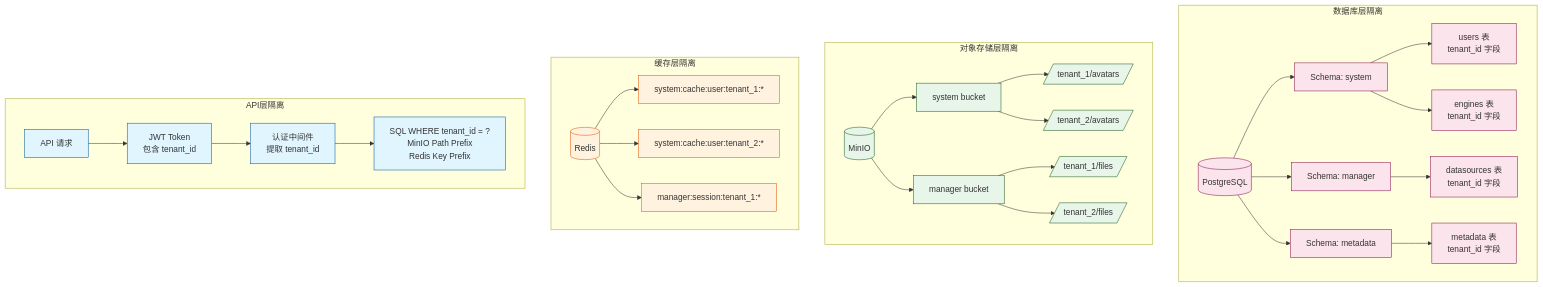
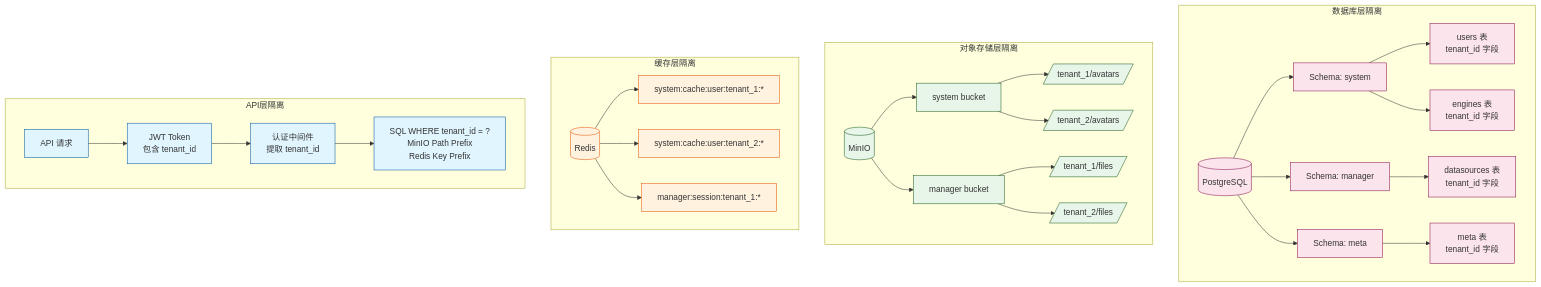
One commit to pampa0629/addp changed the second of 3 diagrams in docs/concepts/addp账号与权限体系图.md. Above: the diagram before and after it, drawn with Mermaid. The commit also changed 300 other files, not shown here.

````diff
--- a/docs/concepts/addp账号与权限体系图.md
+++ b/docs/concepts/addp账号与权限体系图.md
@@ -85,56 +85,56 @@
 ```mermaid
 graph TB
     subgraph "数据库层隔离"
         DB[(PostgreSQL)]
 
         DB --> Schema1[Schema: system]
         DB --> Schema2[Schema: manager]
-        DB --> Schema3[Schema: metadata]
+        DB --> Schema3[Schema: meta]
 
         Schema1 --> Users[users 表<br/>tenant_id 字段]
         Schema1 --> Engines[engines 表<br/>tenant_id 字段]
 
         Schema2 --> Datasources[datasources 表<br/>tenant_id 字段]
 
-        Schema3 --> Metadata[metadata 表<br/>tenant_id 字段]
+        Schema3 --> Metadata[meta 表<br/>tenant_id 字段]
     end
 
     subgraph "对象存储层隔离"
         MinIO[(MinIO)]
 
         MinIO --> Bucket1[system bucket]
         MinIO --> Bucket2[manager bucket]
 
         Bucket1 --> Path1[/tenant_1/avatars/]
         Bucket1 --> Path2[/tenant_2/avatars/]
 
         Bucket2 --> Path3[/tenant_1/files/]
         Bucket2 --> Path4[/tenant_2/files/]
     end
 
     subgraph "缓存层隔离"
         Redis[(Redis)]
 
         Redis --> Key1[system:cache:user:tenant_1:*]
         Redis --> Key2[system:cache:user:tenant_2:*]
         Redis --> Key3[manager:session:tenant_1:*]
     end
 
     subgraph "API层隔离"
         API[API 请求]
 
         API --> JWT[JWT Token<br/>包含 tenant_id]
         JWT --> Middleware[认证中间件<br/>提取 tenant_id]
         Middleware --> Query[SQL WHERE tenant_id = ?<br/>MinIO Path Prefix<br/>Redis Key Prefix]
     end
 
     classDef db fill:#fce4ec,stroke:#880e4f
     classDef storage fill:#e8f5e9,stroke:#1b5e20
     classDef cache fill:#fff3e0,stroke:#e65100
     classDef api fill:#e1f5ff,stroke:#01579b
 
     class DB,Schema1,Schema2,Schema3,Users,Engines,Datasources,Metadata db
     class MinIO,Bucket1,Bucket2,Path1,Path2,Path3,Path4 storage
     class Redis,Key1,Key2,Key3 cache
     class API,JWT,Middleware,Query api
 ```
````
